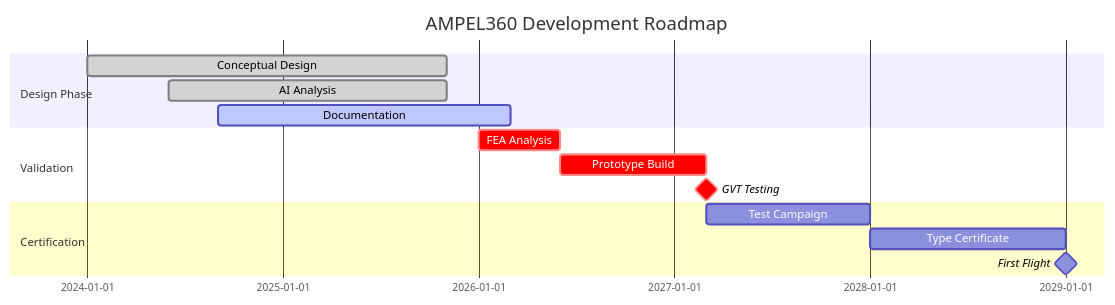
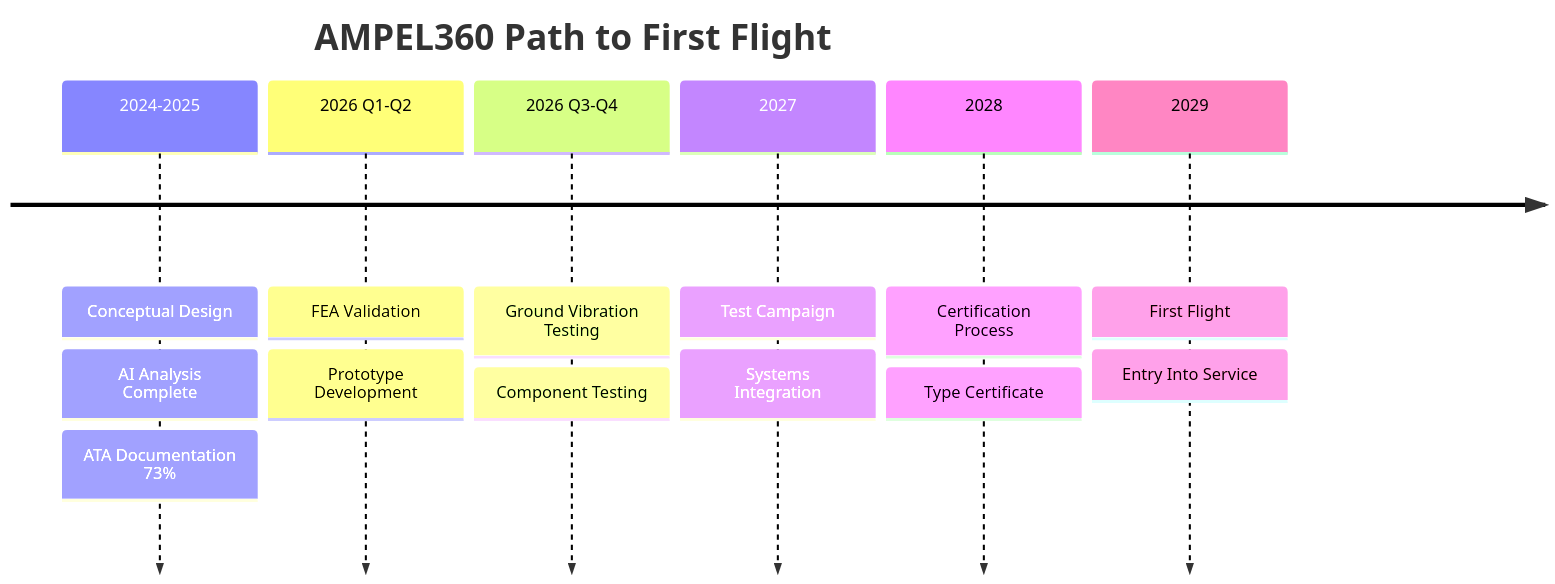
One commit to AmedeoPelliccia/AMPEL360-BWB-H2-Hy-E changed the first of 2 diagrams in README.md. Above: the diagram before and after it, drawn with Mermaid. The commit also changed other lines of this file, not shown here.

````diff
--- a/README.md
+++ b/README.md
@@ -111,20 +79,17 @@
 ```mermaid
-gantt
-    title AMPEL360 Development Roadmap
-    dateFormat  YYYY-MM-DD
-    
-    section Design Phase
-    Conceptual Design    :done, 2024-01-01, 2025-11-03
-    AI Analysis          :done, 2024-06-01, 2025-11-03
-    Documentation        :active, 2024-09-01, 2026-03-01
-    
-    section Validation
-    FEA Analysis        :crit, 2026-01-01, 2026-06-01
-    Prototype Build     :crit, 2026-06-01, 2027-03-01
-    GVT Testing         :crit, milestone, 2027-03-01, 0d
-    
-    section Certification
-    Test Campaign       :2027-03-01, 2028-01-01
-    Type Certificate    :2028-01-01, 2029-01-01
-    First Flight        :milestone, 2029-01-01, 0d
+timeline
+    title AMPEL360 Path to First Flight
+    2024-2025 : Conceptual Design
+              : AI Analysis Complete
+              : ATA Documentation 73%
+    2026 Q1-Q2 : FEA Validation
+               : Prototype Development
+    2026 Q3-Q4 : Ground Vibration Testing
+               : Component Testing
+    2027 : Test Campaign
+         : Systems Integration
+    2028 : Certification Process
+         : Type Certificate
+    2029 : First Flight
+         : Entry Into Service
 ```
````
